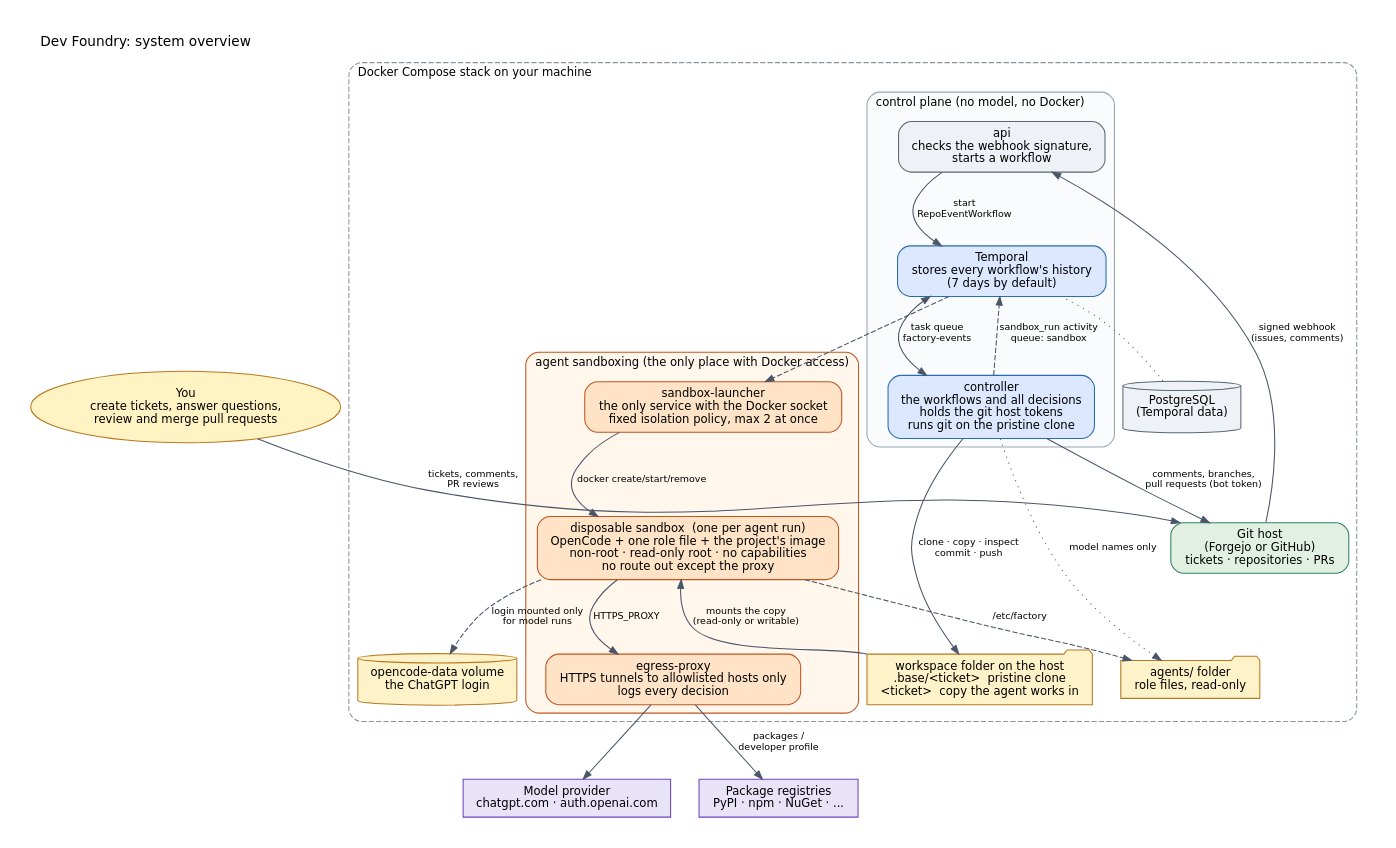
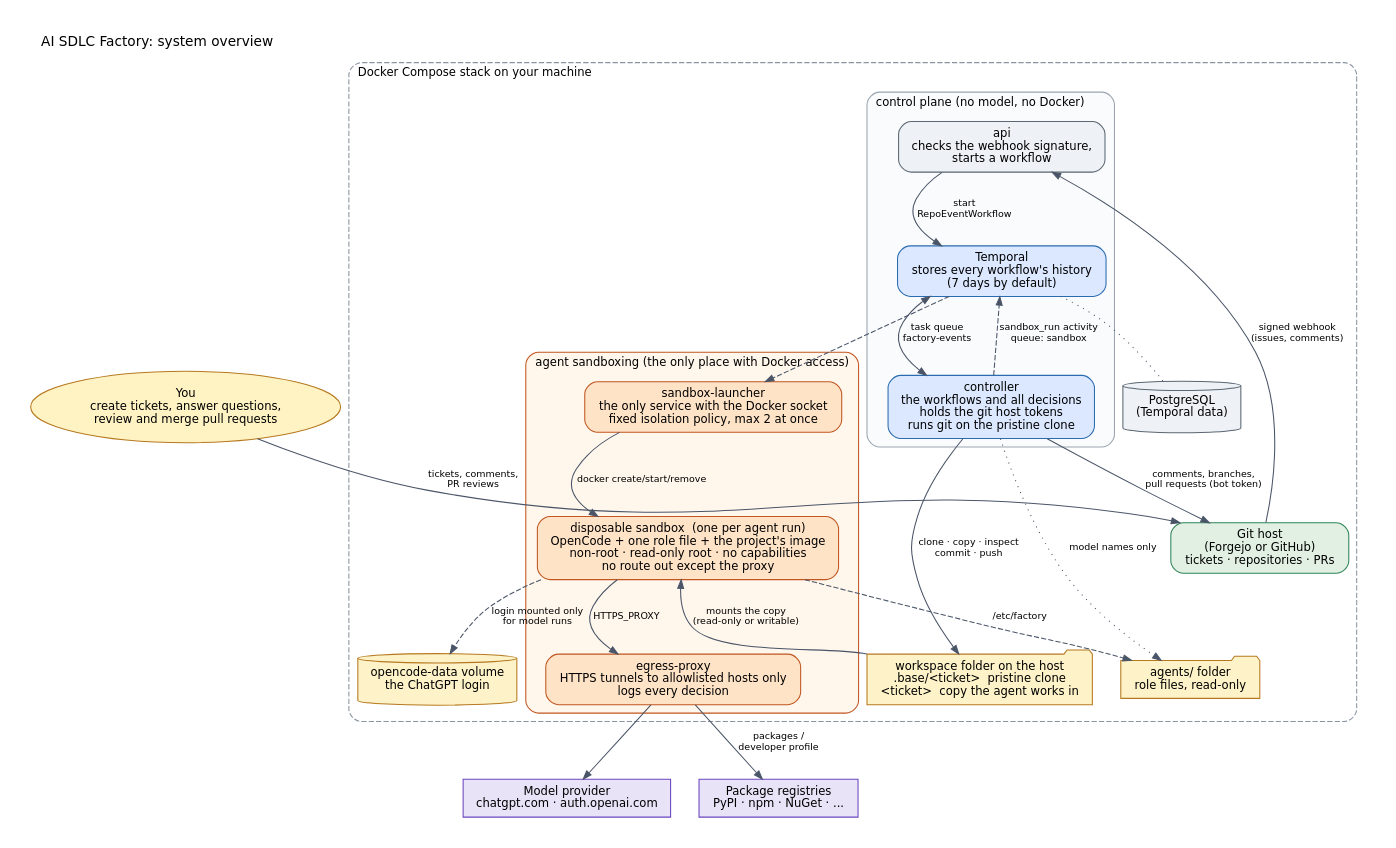
One commit to ai-sdlc-factory/ai-sdlc-factory changed the diagram in docs/diagrams/architecture.dot. Above: the diagram before and after it, drawn with Graphviz. The commit also changed 344 other files, not shown here.

First line of the commit message:
Rename the project to AI SDLC Factory

```diff
--- a/docs/diagrams/architecture.dot
+++ b/docs/diagrams/architecture.dot
@@ -1,55 +1,55 @@
 // The whole solution: who talks to whom, and where the trust boundaries are.
 digraph architecture {
   graph [rankdir=TB, fontname="DejaVu Sans", fontsize=13, bgcolor=white, pad=0.3, nodesep=0.38, ranksep=0.7,
-         label="Dev Foundry: system overview", labelloc=t, labeljust=l];
+         label="AI SDLC Factory: system overview", labelloc=t, labeljust=l];
   node  [fontname="DejaVu Sans", fontsize=11, shape=box, style="rounded,filled", fillcolor="#eef2f6", color="#5b6773", margin="0.16,0.09"];
   edge  [fontname="DejaVu Sans", fontsize=9, color="#4a5568", arrowsize=0.8];
 
   person  [label="You\ncreate tickets, answer questions,\nreview and merge pull requests", shape=ellipse, fillcolor="#fff3c4", color="#b7791f"];
   model   [label="Model provider\nchatgpt.com · auth.openai.com", shape=box, style="filled", fillcolor="#e9e3f7", color="#6b46c1"];
   registry[label="Package registries\nPyPI · npm · NuGet · ...", shape=box, style="filled", fillcolor="#e9e3f7", color="#6b46c1"];
 
   subgraph cluster_stack {
     label="Docker Compose stack on your machine"; style="rounded,dashed"; color="#8a94a0"; fontsize=11;
 
     host [label="Git host\n(Forgejo or GitHub)\ntickets · repositories · PRs", fillcolor="#e1f0e3", color="#2f855a"];
 
     subgraph cluster_control {
       label="control plane (no model, no Docker)"; style="rounded"; color="#9aa5b1"; fillcolor="#fafbfc"; style="rounded,filled";
       api        [label="api\nchecks the webhook signature,\nstarts a workflow"];
       temporal   [label="Temporal\nstores every workflow's history\n(7 days by default)", fillcolor="#dbe8ff", color="#2b6cb0"];
       controller [label="controller\nthe workflows and all decisions\nholds the git host tokens\nruns git on the pristine clone", fillcolor="#dbe8ff", color="#2b6cb0"];
     }
 
     postgres [label="PostgreSQL\n(Temporal data)", shape=cylinder, fillcolor="#eef2f6"];
 
     subgraph cluster_sandboxing {
       label="agent sandboxing (the only place with Docker access)"; style="rounded,filled"; color="#c05621"; fillcolor="#fff6ec";
       launcher [label="sandbox-launcher\nthe only service with the Docker socket\nfixed isolation policy, max 2 at once", fillcolor="#ffe3c7", color="#c05621"];
       sandbox  [label="disposable sandbox  (one per agent run)\nOpenCode + one role file + the project's image\nnon-root · read-only root · no capabilities\nno route out except the proxy", fillcolor="#ffe3c7", color="#c05621"];
       proxy    [label="egress-proxy\nHTTPS tunnels to allowlisted hosts only\nlogs every decision", fillcolor="#ffe3c7", color="#c05621"];
     }
 
     workspaces [label="workspace folder on the host\n.base/<ticket>  pristine clone\n<ticket>  copy the agent works in", shape=folder, fillcolor="#fdf2c8", color="#b7791f"];
     login      [label="opencode-data volume\nthe ChatGPT login", shape=cylinder, fillcolor="#fdf2c8", color="#b7791f"];
     agents     [label="agents/ folder\nrole files, read-only", shape=folder, fillcolor="#fdf2c8", color="#b7791f"];
   }
 
   person -> host [label="tickets, comments,\nPR reviews"];
   host -> api [label="signed webhook\n(issues, comments)"];
   api -> temporal [label="start\nRepoEventWorkflow"];
   temporal -> controller [label="task queue\nfactory-events", dir=both];
   controller -> host [label="comments, branches,\npull requests (bot token)"];
   controller -> workspaces [label="clone · copy · inspect\ncommit · push"];
   controller -> temporal [label="sandbox_run activity\nqueue: sandbox", style=dashed];
   temporal -> launcher [style=dashed];
   launcher -> sandbox [label="docker create/start/remove"];
   sandbox -> workspaces [label="mounts the copy\n(read-only or writable)", dir=back];
   sandbox -> login [label="login mounted only\nfor model runs", style=dashed];
   sandbox -> agents [label="/etc/factory", style=dashed];
   sandbox -> proxy [label="HTTPS_PROXY"];
   proxy -> model;
   proxy -> registry [label="packages /\ndeveloper profile"];
   temporal -> postgres [style=dotted, arrowhead=none];
   controller -> agents [style=dotted, label="model names only"];
 }
```
